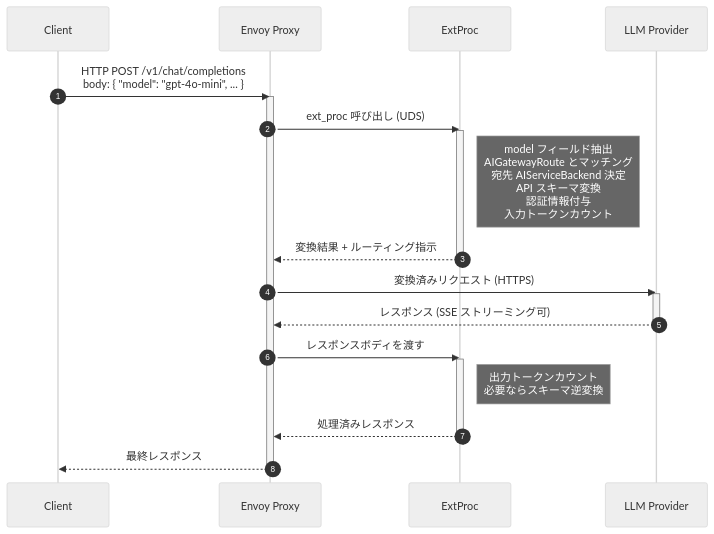
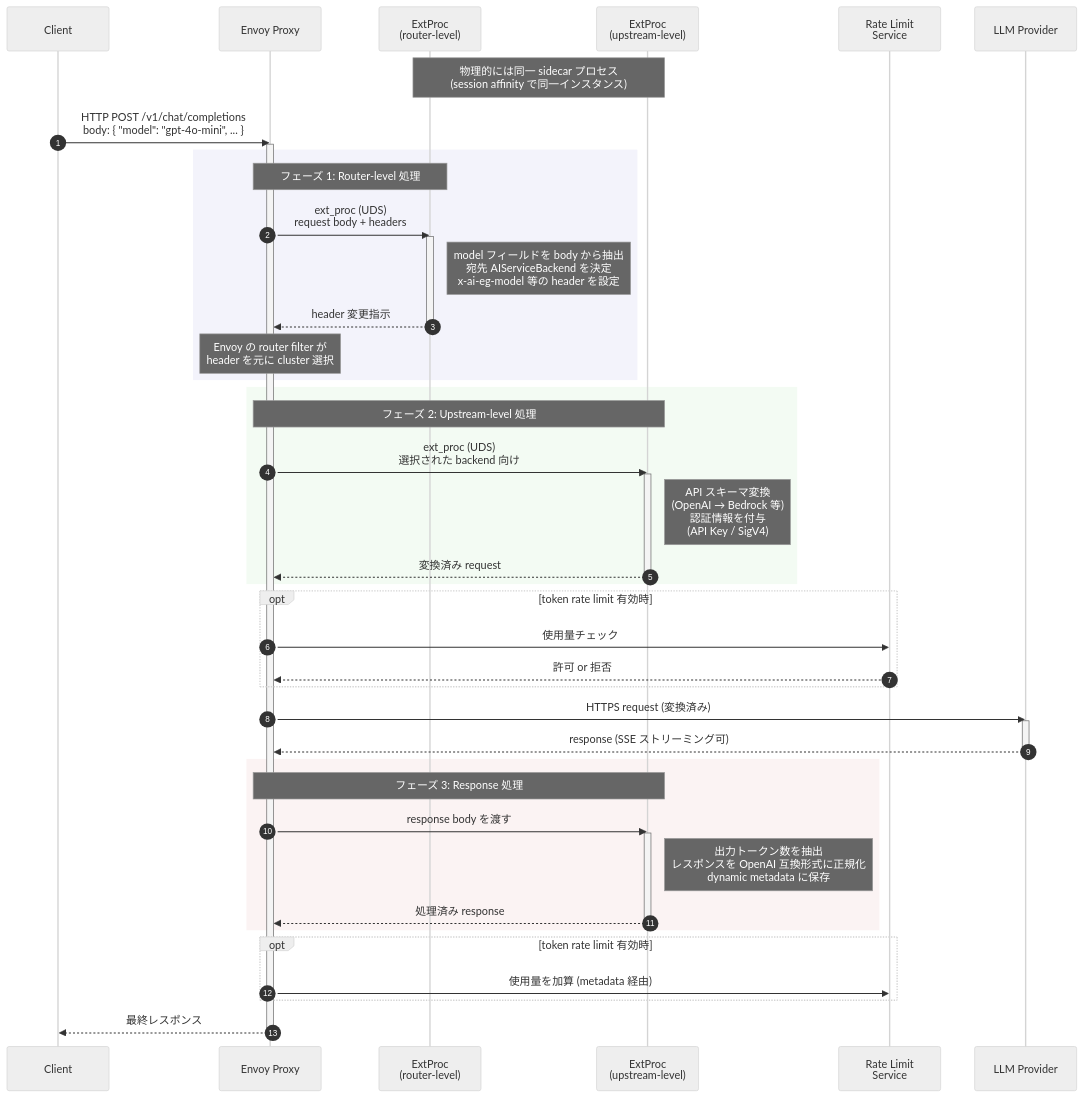
The second of 2 diagrams in Generative_AI/Envoy_AI_Gateway/Envoy AI Gatewayについて.md (nutslove/Knowledges), drawn with Mermaid (neutral theme) before and after one commit.

````diff
--- a/Generative_AI/Envoy_AI_Gateway/Envoy AI Gatewayについて.md
+++ b/Generative_AI/Envoy_AI_Gateway/Envoy AI Gatewayについて.md
@@ -51,27 +51,60 @@
 ```mermaid
 sequenceDiagram
     autonumber
     participant C as Client
     participant E as Envoy Proxy
-    participant X as ExtProc
+    participant XR as ExtProc<br/>(router-level)
+    participant XU as ExtProc<br/>(upstream-level)
+    participant RL as Rate Limit<br/>Service
     participant L as LLM Provider
+
+    Note over XR,XU: 物理的には同一 sidecar プロセス<br/>(session affinity で同一インスタンス)
 
     C->>E: HTTP POST /v1/chat/completions<br/>body: { "model": "gpt-4o-mini", ... }
     activate E
-    E->>X: ext_proc 呼び出し (UDS)
-    activate X
-    Note right of X: model フィールド抽出<br/>AIGatewayRoute とマッチング<br/>宛先 AIServiceBackend 決定<br/>API スキーマ変換<br/>認証情報付与<br/>入力トークンカウント
-    X-->>E: 変換結果 + ルーティング指示
-    deactivate X
-    E->>L: 変換済みリクエスト (HTTPS)
+
+    rect rgba(100,100,200,0.08)
+    Note over E,XR: フェーズ 1: Router-level 処理
+    E->>XR: ext_proc (UDS)<br/>request body + headers
+    activate XR
+    Note right of XR: model フィールドを body から抽出<br/>宛先 AIServiceBackend を決定<br/>x-ai-eg-model 等の header を設定
+    XR-->>E: header 変更指示
+    deactivate XR
+    Note over E: Envoy の router filter が<br/>header を元に cluster 選択
+    end
+
+    rect rgba(100,200,100,0.08)
+    Note over E,XU: フェーズ 2: Upstream-level 処理
+    E->>XU: ext_proc (UDS)<br/>選択された backend 向け
+    activate XU
+    Note right of XU: API スキーマ変換<br/>(OpenAI → Bedrock 等)<br/>認証情報を付与<br/>(API Key / SigV4)
+    XU-->>E: 変換済み request
+    deactivate XU
+    end
+
+    opt token rate limit 有効時
+    E->>RL: 使用量チェック
+    RL-->>E: 許可 or 拒否
+    end
+
+    E->>L: HTTPS request (変換済み)
     activate L
-    L-->>E: レスポンス (SSE ストリーミング可)
+    L-->>E: response (SSE ストリーミング可)
     deactivate L
-    E->>X: レスポンスボディを渡す
-    activate X
-    Note right of X: 出力トークンカウント<br/>必要ならスキーマ逆変換
-    X-->>E: 処理済みレスポンス
-    deactivate X
+
+    rect rgba(200,100,100,0.08)
+    Note over E,XU: フェーズ 3: Response 処理
+    E->>XU: response body を渡す
+    activate XU
+    Note right of XU: 出力トークン数を抽出<br/>レスポンスを OpenAI 互換形式に正規化<br/>dynamic metadata に保存
+    XU-->>E: 処理済み response
+    deactivate XU
+    end
+
+    opt token rate limit 有効時
+    E->>RL: 使用量を加算 (metadata 経由)
+    end
+
     E-->>C: 最終レスポンス
     deactivate E
 ```
````
